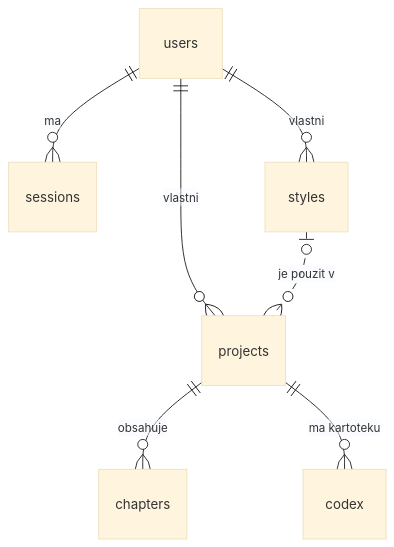
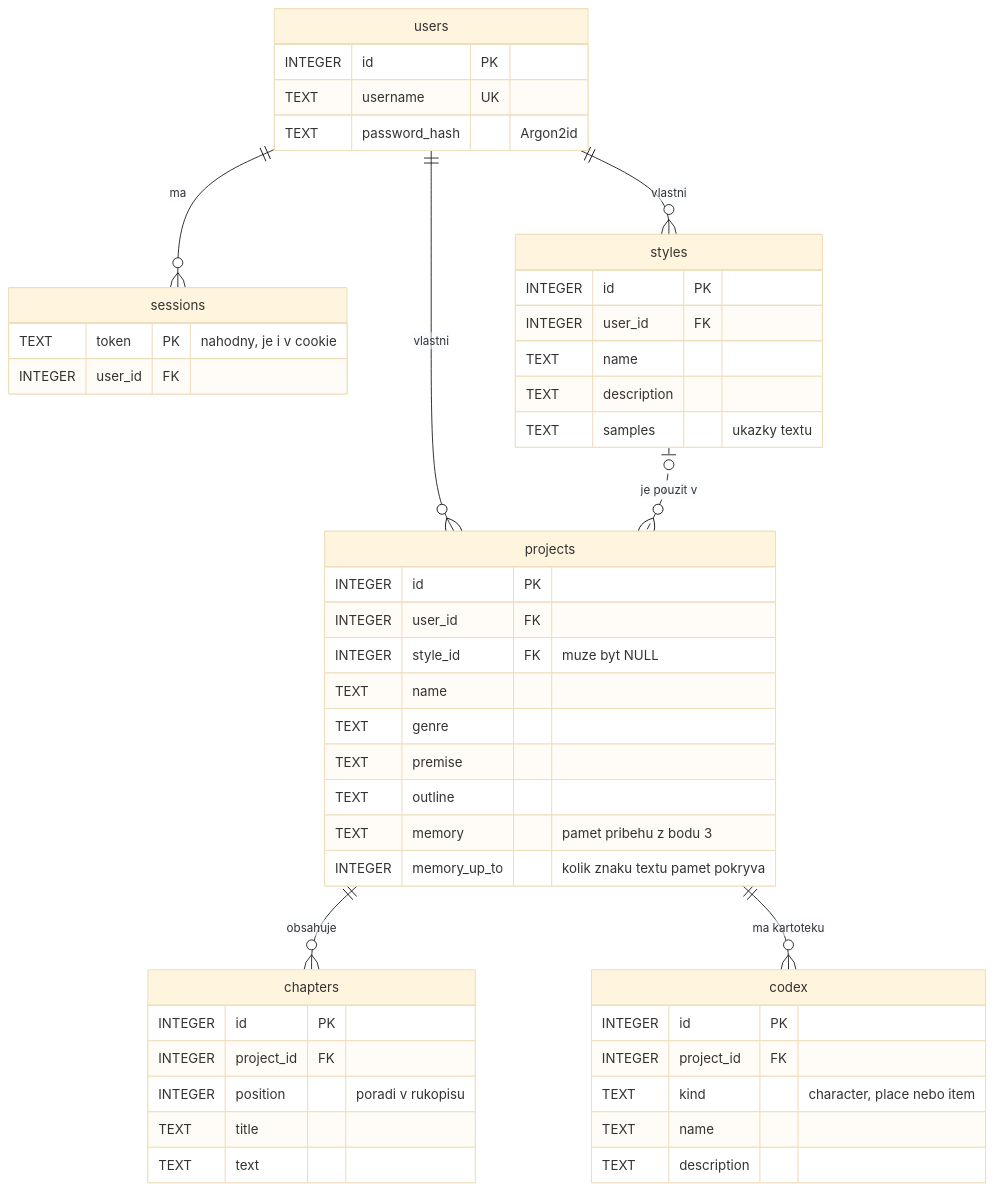
The second of 2 diagrams in docs/02-navrh-architektury.md (afrox26TP/DPMP2026-27-Fabula), drawn with Mermaid (base theme) before and after one commit. The commit also changed other lines of this file and 3 other files, not shown here.

````diff
--- a/docs/02-navrh-architektury.md
+++ b/docs/02-navrh-architektury.md
@@ -5,9 +33,51 @@
 ```mermaid
 erDiagram
     users ||--o{ sessions : "ma"
     users ||--o{ projects : "vlastni"
     users ||--o{ styles : "vlastni"
     styles |o..o{ projects : "je pouzit v"
     projects ||--o{ chapters : "obsahuje"
     projects ||--o{ codex : "ma kartoteku"
+
+    users {
+        INTEGER id PK
+        TEXT username UK
+        TEXT password_hash "Argon2id"
+    }
+    sessions {
+        TEXT token PK "nahodny, je i v cookie"
+        INTEGER user_id FK
+    }
+    projects {
+        INTEGER id PK
+        INTEGER user_id FK
+        INTEGER style_id FK "muze byt NULL"
+        TEXT name
+        TEXT genre
+        TEXT premise
+        TEXT outline
+        TEXT memory "pamet pribehu z bodu 3"
+        INTEGER memory_up_to "kolik znaku textu pamet pokryva"
+    }
+    chapters {
+        INTEGER id PK
+        INTEGER project_id FK
+        INTEGER position "poradi v rukopisu"
+        TEXT title
+        TEXT text
+    }
+    styles {
+        INTEGER id PK
+        INTEGER user_id FK
+        TEXT name
+        TEXT description
+        TEXT samples "ukazky textu"
+    }
+    codex {
+        INTEGER id PK
+        INTEGER project_id FK
+        TEXT kind "character, place nebo item"
+        TEXT name
+        TEXT description
+    }
 ```
````
